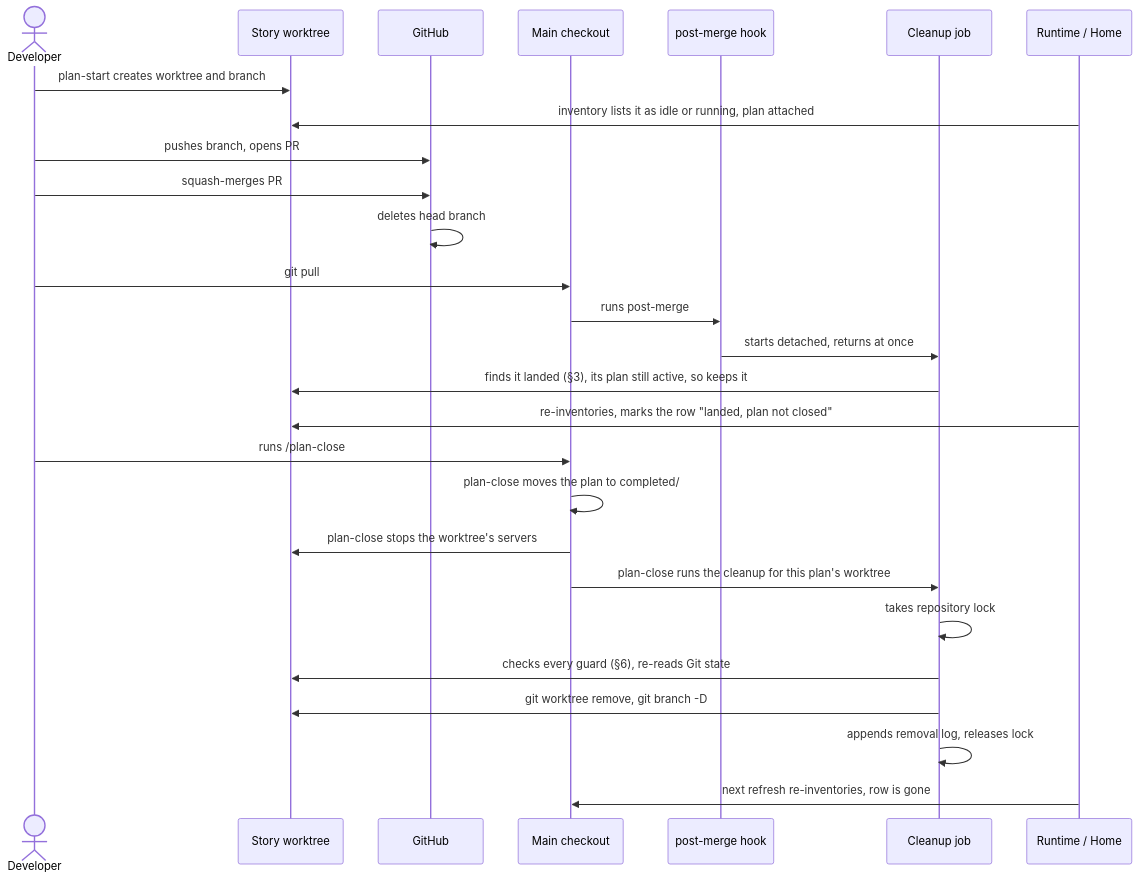
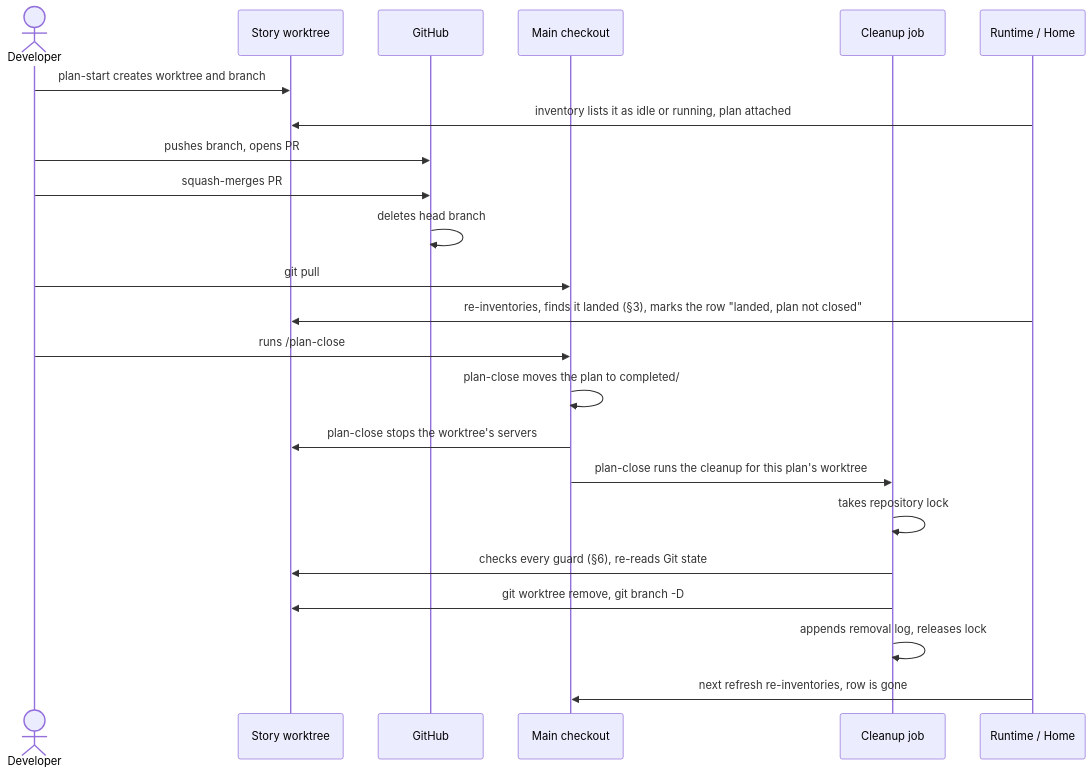
Before and after one commit to kirinmurphy/roborepo-alpha: the first of 4 diagrams in docs/plans/active/git-worktree-lifecycle-cleanup.md, drawn with Mermaid. The commit also changed other lines of this file, not shown here.

First line of the commit message:
Revise worktree lifecycle plan: drop Hide, menu Remove, opt-in cleanup notice

````diff
--- a/docs/plans/active/git-worktree-lifecycle-cleanup.md
+++ b/docs/plans/active/git-worktree-lifecycle-cleanup.md
@@ -198,30 +201,26 @@
 ```mermaid
 sequenceDiagram
     actor Dev as Developer
     participant WT as Story worktree
     participant GH as GitHub
     participant Main as Main checkout
-    participant Hook as post-merge hook
     participant Job as Cleanup job
     participant Home as Runtime / Home
 
     Dev->>WT: plan-start creates worktree and branch
     Home->>WT: inventory lists it as idle or running, plan attached
     Dev->>GH: pushes branch, opens PR
     Dev->>GH: squash-merges PR
     GH->>GH: deletes head branch
     Dev->>Main: git pull
-    Main->>Hook: runs post-merge
-    Hook->>Job: starts detached, returns at once
-    Job->>WT: finds it landed (§3), its plan still active, so keeps it
-    Home->>WT: re-inventories, marks the row "landed, plan not closed"
+    Home->>WT: re-inventories, finds it landed (§3), marks the row "landed, plan not closed"
     Dev->>Main: runs /plan-close
     Main->>Main: plan-close moves the plan to completed/
     Main->>WT: plan-close stops the worktree's servers
     Main->>Job: plan-close runs the cleanup for this plan's worktree
     Job->>Job: takes repository lock
     Job->>WT: checks every guard (§6), re-reads Git state
     Job->>WT: git worktree remove, git branch -D
     Job->>Job: appends removal log, releases lock
     Home->>Main: next refresh re-inventories, row is gone
 ```
````
